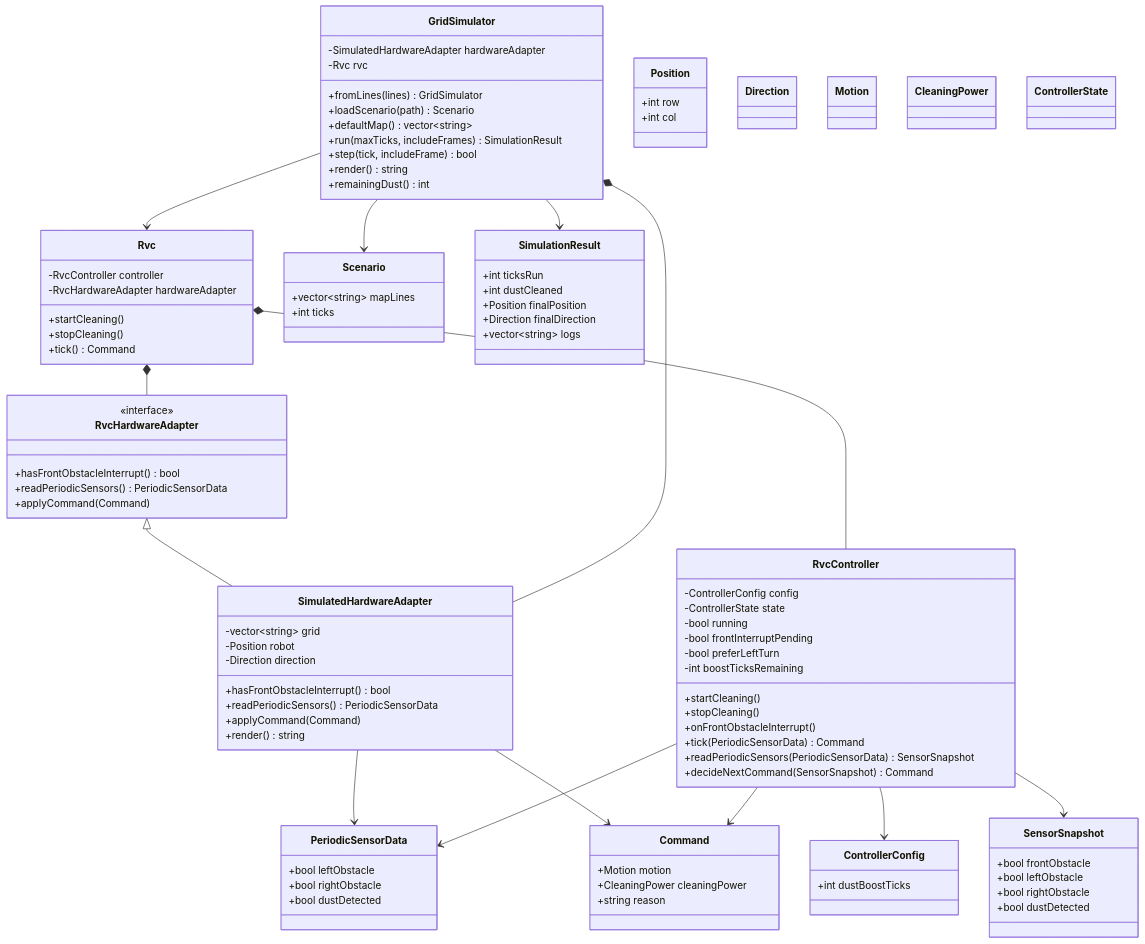
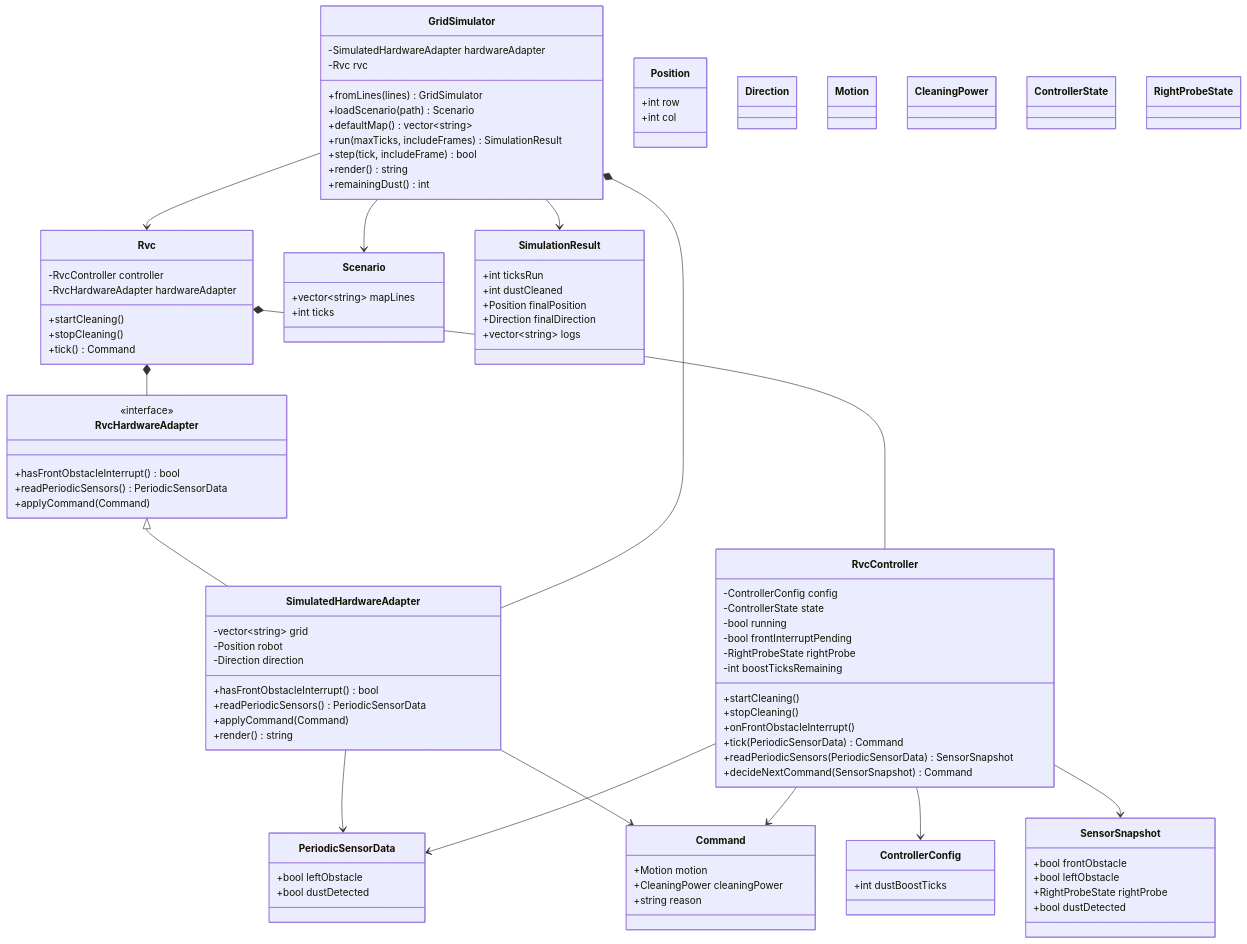
The diagram in docs/ood_class_diagram.md (reload02/ooad-vibe), drawn with Mermaid before and after one commit. The commit also changed other lines of this file and 21 other files, not shown here.

```diff
--- a/docs/ood_class_diagram.md
+++ b/docs/ood_class_diagram.md
@@ -21,7 +22,7 @@
         -ControllerState state
         -bool running
         -bool frontInterruptPending
-        -bool preferLeftTurn
+        -RightProbeState rightProbe
         -int boostTicksRemaining
         +startCleaning()
         +stopCleaning()
@@ -37,14 +38,13 @@
 
     class PeriodicSensorData {
         +bool leftObstacle
-        +bool rightObstacle
         +bool dustDetected
     }
 
     class SensorSnapshot {
         +bool frontObstacle
         +bool leftObstacle
-        +bool rightObstacle
+        +RightProbeState rightProbe
         +bool dustDetected
     }
 
@@ -105,6 +105,7 @@
     class Motion
     class CleaningPower
     class ControllerState
+    class RightProbeState
 
     Rvc *-- RvcController
     Rvc *-- RvcHardwareAdapter
```
